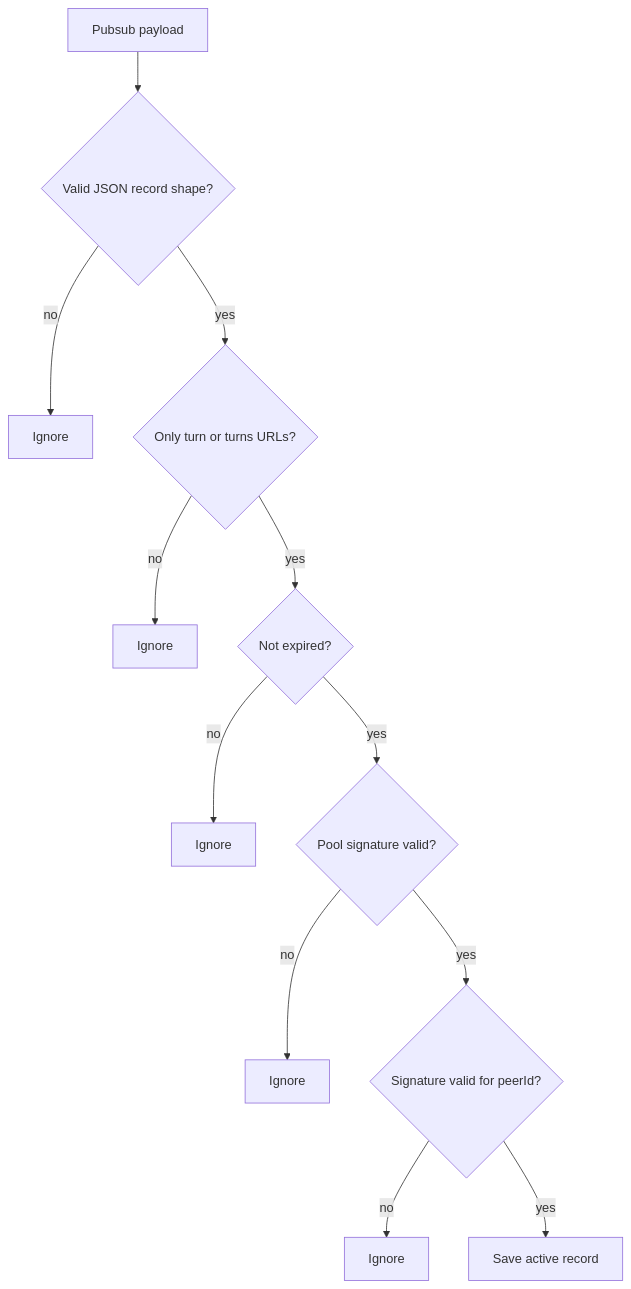
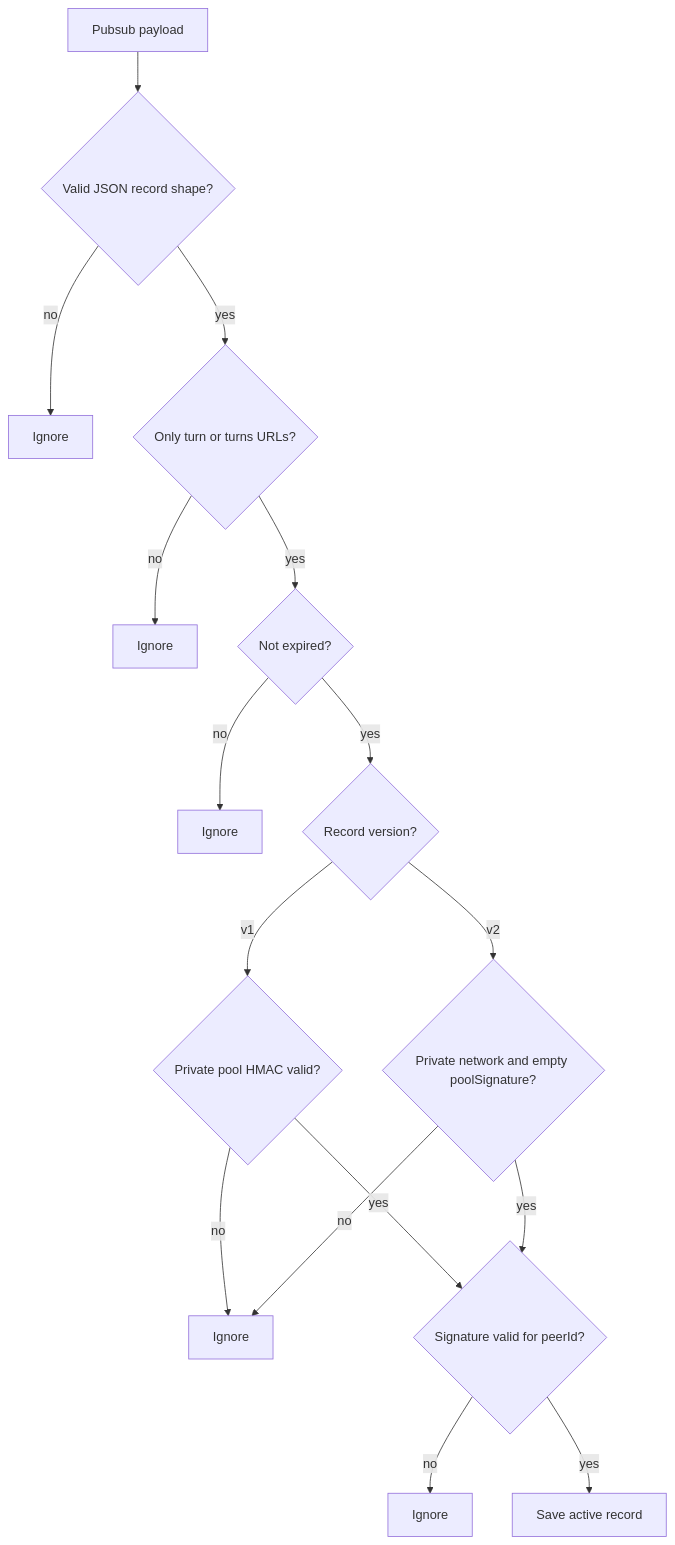
One commit to haskou/pigeon-swarm-node changed the third of 5 diagrams in docs/calls-turn-relay-discovery.md. Above: the diagram before and after it, drawn with Mermaid. The commit also changed other lines of this file and 24 other files, not shown here.

````diff
--- a/docs/calls-turn-relay-discovery.md
+++ b/docs/calls-turn-relay-discovery.md
@@ -223,14 +248,18 @@
 ```mermaid
 flowchart TD
     Payload["Pubsub payload"] --> Shape{"Valid JSON record shape?"}
     Shape -- no --> Ignore1["Ignore"]
     Shape -- yes --> Urls{"Only turn or turns URLs?"}
     Urls -- no --> Ignore2["Ignore"]
     Urls -- yes --> Expiry{"Not expired?"}
     Expiry -- no --> Ignore3["Ignore"]
-    Expiry -- yes --> Pool{"Pool signature valid?"}
+    Expiry -- yes --> Version{"Record version?"}
+    Version -- v1 --> Pool{"Private pool HMAC valid?"}
+    Version -- v2 --> Private{"Private network and empty poolSignature?"}
     Pool -- no --> Ignore4["Ignore"]
+    Private -- no --> Ignore4
     Pool -- yes --> Signature{"Signature valid for peerId?"}
+    Private -- yes --> Signature
     Signature -- no --> Ignore5["Ignore"]
     Signature -- yes --> Cache["Save active record"]
 ```
````
